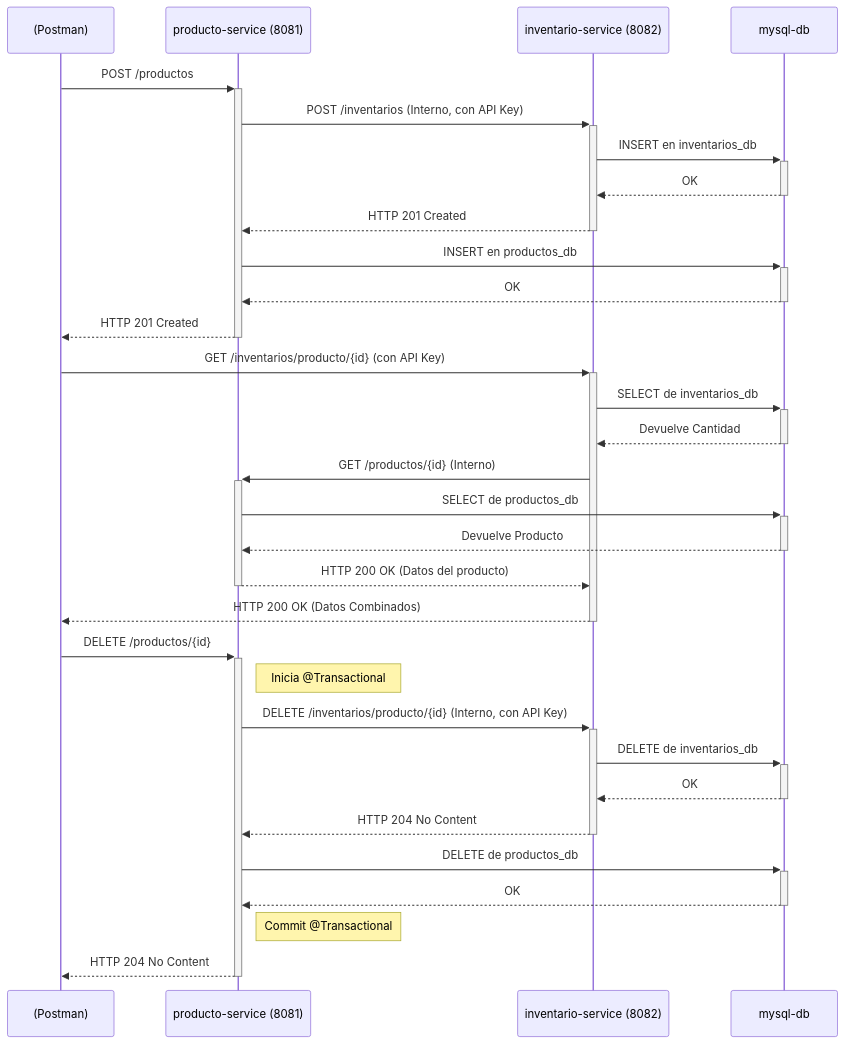
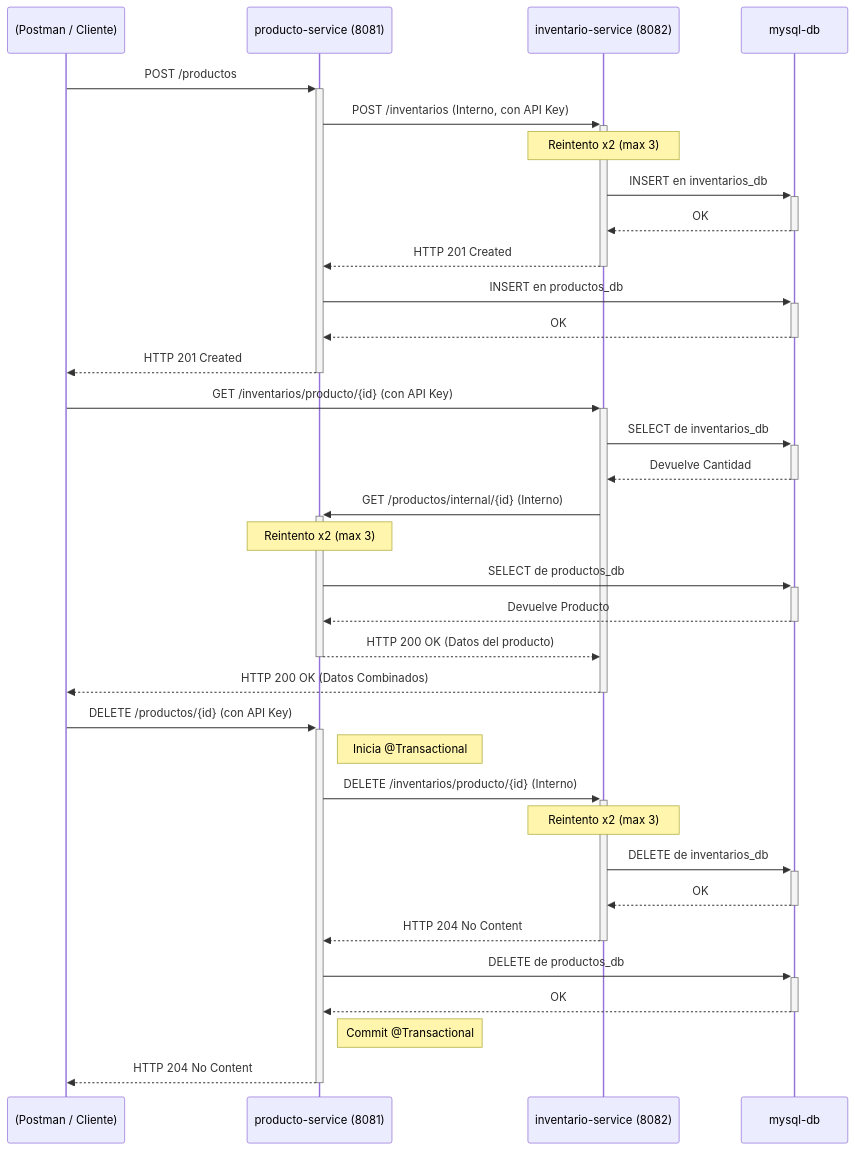
The diagram in README.md (inZane-Dev/microservicios--producto--inventario), drawn with Mermaid before and after one commit. The commit also changed other lines of this file and 24 other files, not shown here.

````diff
--- a/README.md
+++ b/README.md
@@ -27,39 +30,42 @@
 ```mermaid
 sequenceDiagram
-    participant Cliente as (Postman)
+    participant Cliente as (Postman / Cliente)
     participant Producto as producto-service (8081)
     participant Inventario as inventario-service (8082)
     participant BaseDeDatos as mysql-db
 
     %% Flujo 1: Crear un Producto
     Cliente->>+Producto: POST /productos
     Producto->>+Inventario: POST /inventarios (Interno, con API Key)
+    Note over Inventario: Reintento x2 (max 3)
     Inventario->>+BaseDeDatos: INSERT en inventarios_db
     BaseDeDatos-->>-Inventario: OK
     Inventario-->>-Producto: HTTP 201 Created
     Producto->>+BaseDeDatos: INSERT en productos_db
     BaseDeDatos-->>-Producto: OK
     Producto-->>-Cliente: HTTP 201 Created
 
     %% Flujo 2: Consultar Inventario Combinado
     Cliente->>+Inventario: GET /inventarios/producto/{id} (con API Key)
     Inventario->>+BaseDeDatos: SELECT de inventarios_db
     BaseDeDatos-->>-Inventario: Devuelve Cantidad
-    Inventario->>+Producto: GET /productos/{id} (Interno)
+    Inventario->>+Producto: GET /productos/internal/{id} (Interno)
+    Note over Producto: Reintento x2 (max 3)
     Producto->>+BaseDeDatos: SELECT de productos_db
     BaseDeDatos-->>-Producto: Devuelve Producto
     Producto-->>-Inventario: HTTP 200 OK (Datos del producto)
     Inventario-->>-Cliente: HTTP 200 OK (Datos Combinados)
 
     %% Flujo 3: Borrar un Producto (Transaccional)
-    Cliente->>+Producto: DELETE /productos/{id}
+    Cliente->>+Producto: DELETE /productos/{id} (con API Key)
     Note right of Producto: Inicia @Transactional
-    Producto->>+Inventario: DELETE /inventarios/producto/{id} (Interno, con API Key)
+    Producto->>+Inventario: DELETE /inventarios/producto/{id} (Interno)
+    Note over Inventario: Reintento x2 (max 3)
     Inventario->>+BaseDeDatos: DELETE de inventarios_db
     BaseDeDatos-->>-Inventario: OK
     Inventario-->>-Producto: HTTP 204 No Content
     Producto->>+BaseDeDatos: DELETE de productos_db
     BaseDeDatos-->>-Producto: OK
     Note right of Producto: Commit @Transactional
     Producto-->>-Cliente: HTTP 204 No Content
 ```
````
